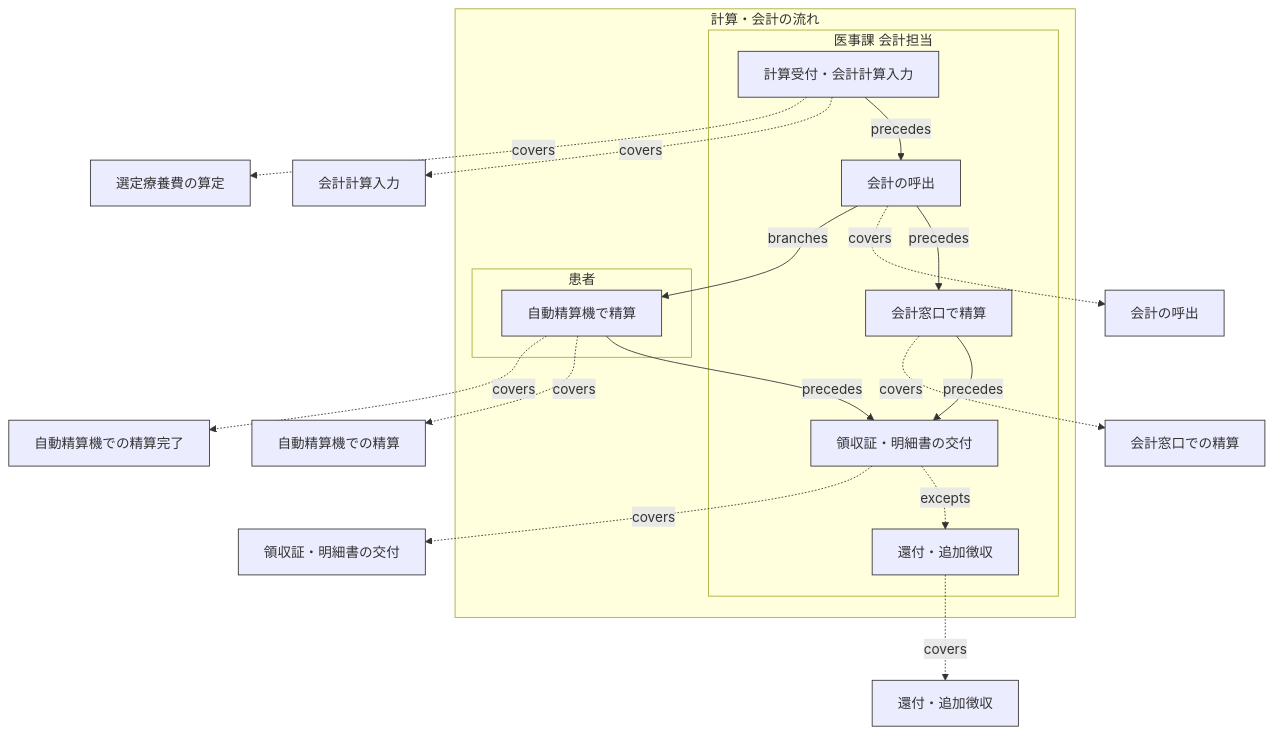
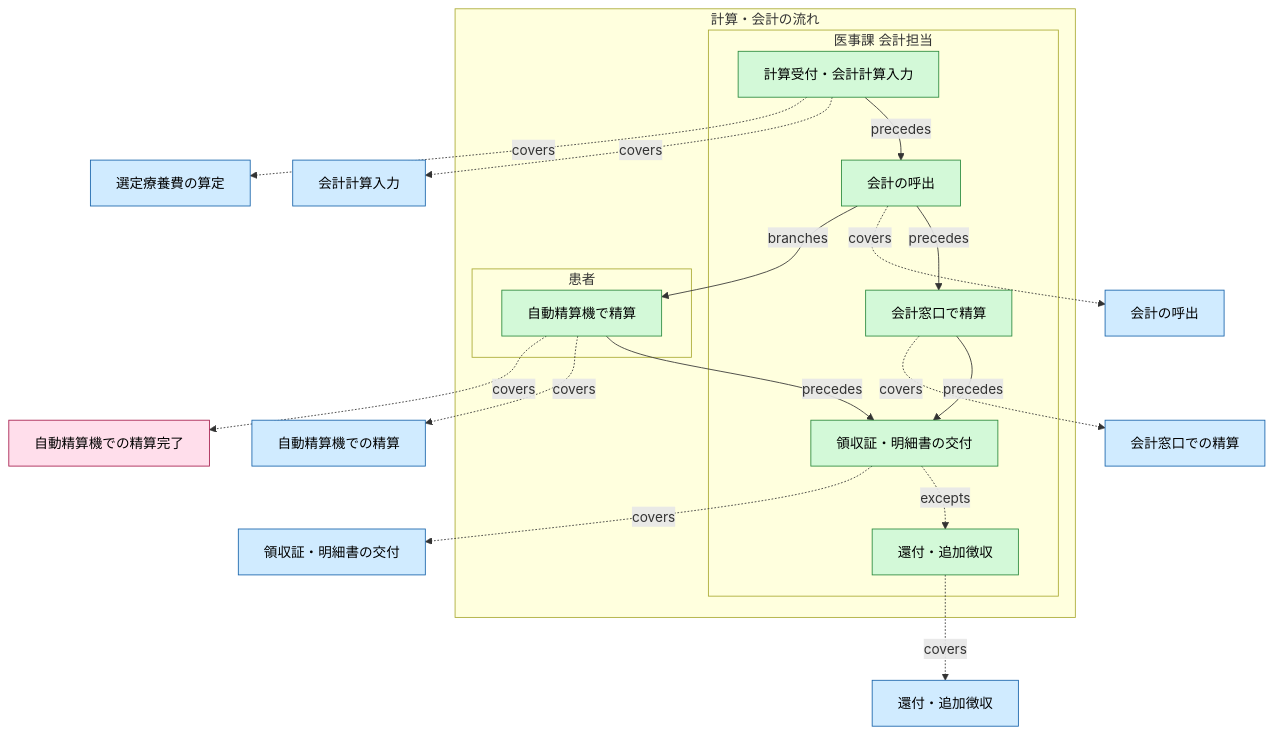
Before and after one commit to manji-0/rdra-ish-dsl: diagram 16 of 27 in samples/clinic-ops/design-sample.md, drawn with Mermaid. The commit also changed other lines of this file and 76 other files, not shown here.

First line of the commit message:
feat(cli): colour each RDRA element family in the flowchart diagrams

````diff
--- a/samples/clinic-ops/design-sample.md
+++ b/samples/clinic-ops/design-sample.md
@@ -1755,47 +1755,47 @@
 ```mermaid
 %% rdra-ish diagram=flow scope=buc:BucVisitPayment model=samples/clinic-ops
 %% kinds: flow step lane usecase event
 %% omitted: buc
 flowchart TD
   subgraph flow__VisitPaymentFlow["計算・会計の流れ"]
     subgraph lane__VisitPaymentFlow__AccountsClerk["医事課 会計担当"]
       %% lane lane__VisitPaymentFlow__AccountsClerk: actor__AccountsClerk
       step__CalculationStep["計算受付・会計計算入力"]:::step
       step__CallStep["会計の呼出"]:::step
       step__ReceiptStep["領収証・明細書の交付"]:::step
       step__RefundStep["還付・追加徴収"]:::step
       step__WindowStep["会計窓口で精算"]:::step
     end
     subgraph lane__VisitPaymentFlow__Patient["患者"]
       %% lane lane__VisitPaymentFlow__Patient: actor__Patient
       step__KioskStep["自動精算機で精算"]:::step
     end
   end
   usecase__ApplySelectedTreatmentFee["選定療養費の算定"]:::usecase
   usecase__CalculateVisitBill["会計計算入力"]:::usecase
   usecase__CallPatientForPayment["会計の呼出"]:::usecase
   usecase__IssueReceipt["領収証・明細書の交付"]:::usecase
   usecase__RefundPayment["還付・追加徴収"]:::usecase
   usecase__SettleAtKiosk["自動精算機での精算"]:::usecase
   usecase__SettleAtWindow["会計窓口での精算"]:::usecase
   event__EvPaymentSettled["自動精算機での精算完了"]:::event
   step__CalculationStep -.->|covers| usecase__ApplySelectedTreatmentFee
   step__CalculationStep -.->|covers| usecase__CalculateVisitBill
   step__CalculationStep -->|precedes| step__CallStep
   step__CallStep -->|branches| step__KioskStep
   step__CallStep -.->|covers| usecase__CallPatientForPayment
   step__CallStep -->|precedes| step__WindowStep
   step__KioskStep -.->|covers| event__EvPaymentSettled
   step__KioskStep -.->|covers| usecase__SettleAtKiosk
   step__KioskStep -->|precedes| step__ReceiptStep
   step__ReceiptStep -.->|covers| usecase__IssueReceipt
   step__ReceiptStep -.->|excepts| step__RefundStep
   step__RefundStep -.->|covers| usecase__RefundPayment
   step__WindowStep -.->|covers| usecase__SettleAtWindow
   step__WindowStep -->|precedes| step__ReceiptStep
-  classDef flow stroke:#333;
-  classDef step stroke:#333;
-  classDef lane stroke:#333;
-  classDef usecase stroke:#333;
-  classDef event stroke:#333;
+  classDef flow fill:#d3f9d8,stroke:#2b8a3e,color:#000;
+  classDef step fill:#d3f9d8,stroke:#2b8a3e,color:#000;
+  classDef lane fill:#d3f9d8,stroke:#2b8a3e,color:#000;
+  classDef usecase fill:#d0ebff,stroke:#1864ab,color:#000;
+  classDef event fill:#ffdeeb,stroke:#a61e4d,color:#000;
 ```
````
